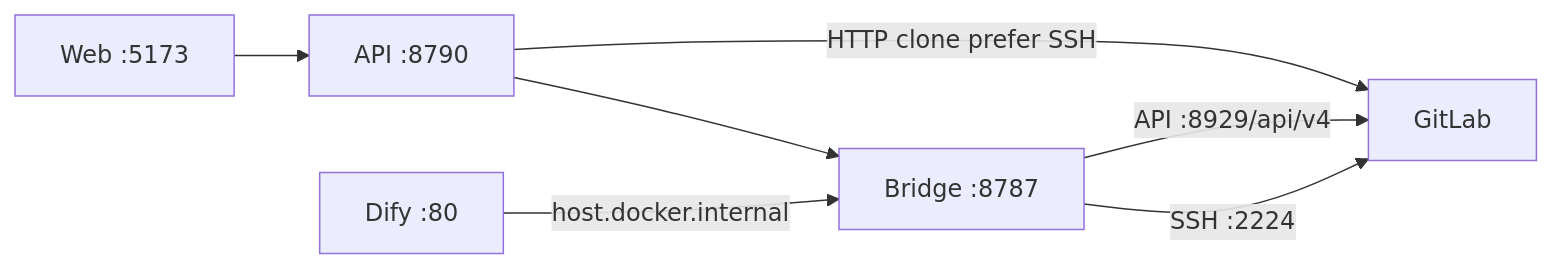
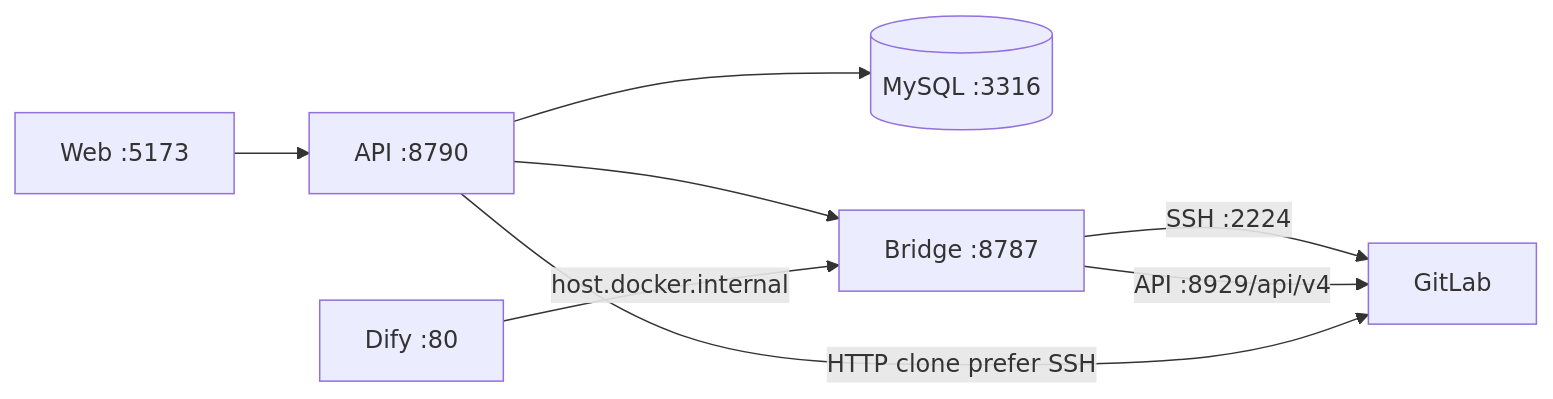
The second of 6 diagrams in docs/架构与时序图.md (xxxxxuhb/agent-studio), drawn with Mermaid before and after one commit. The commit also changed other lines of this file and 178 other files, not shown here.

````diff
--- a/docs/架构与时序图.md
+++ b/docs/架构与时序图.md
@@ -66,9 +69,10 @@
 ```mermaid
 flowchart LR
   W[Web :5173] --> A[API :8790]
+  A --> M[(MySQL :3316)]
   A --> B[Bridge :8787]
   D[Dify :80] -->|host.docker.internal| B
   B -->|SSH :2224| G[GitLab]
   B -->|API :8929/api/v4| G
   A -->|HTTP clone prefer SSH| G
 ```
````
